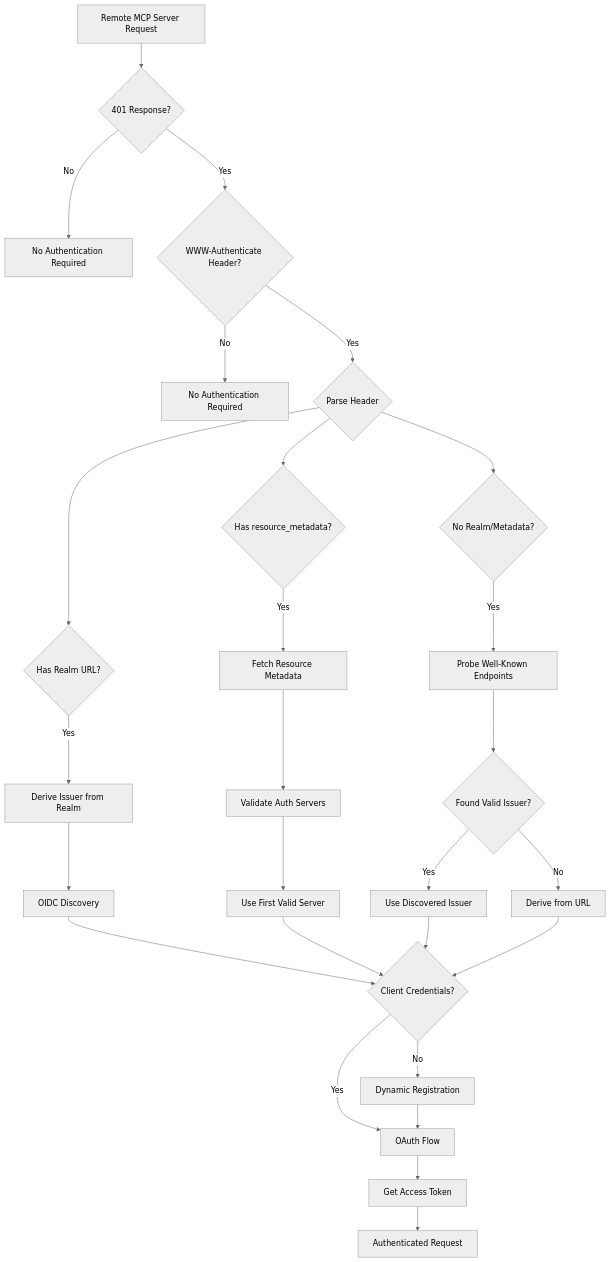
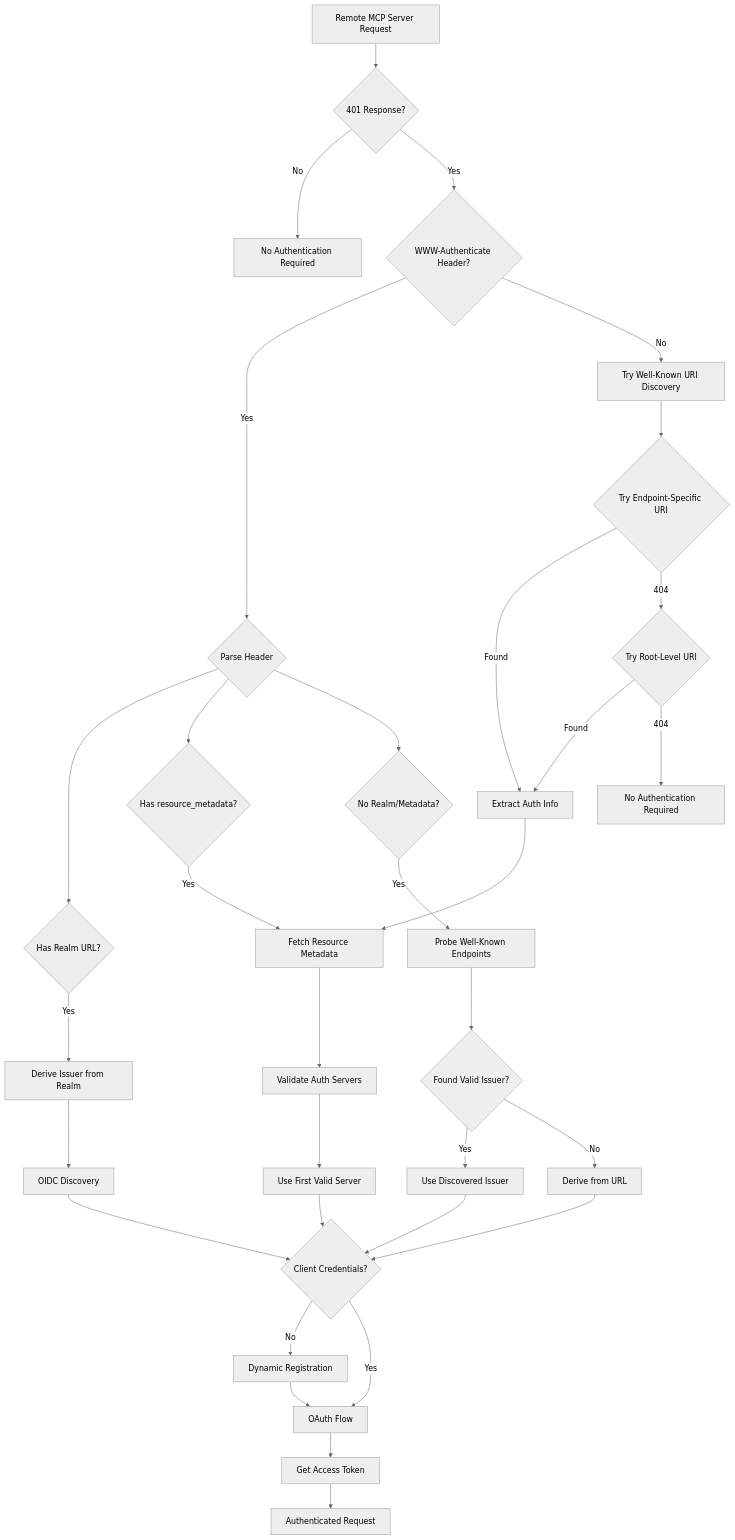
One commit to stacklok/toolhive changed the diagram in docs/remote-mcp-authentication.md. Above: the diagram before and after it, drawn with Mermaid (neutral theme). The commit also changed other lines of this file and 4 other files, not shown here.

First line of the commit message:
Add MCP well-known URI auth discovery

````diff
--- a/docs/remote-mcp-authentication.md
+++ b/docs/remote-mcp-authentication.md
@@ -64,34 +94,42 @@
 ```mermaid
 graph TD
     A[Remote MCP Server Request] --> B{401 Response?}
     B -->|No| C[No Authentication Required]
     B -->|Yes| D{WWW-Authenticate Header?}
-    D -->|No| E[No Authentication Required]
     D -->|Yes| F{Parse Header}
-    
+
+    %% NEW: Well-known URI fallback when no WWW-Authenticate
+    D -->|No| WK1[Try Well-Known URI Discovery]
+    WK1 --> WK2{Try Endpoint-Specific URI}
+    WK2 -->|Found| WK4[Extract Auth Info]
+    WK2 -->|404| WK3{Try Root-Level URI}
+    WK3 -->|Found| WK4
+    WK3 -->|404| E[No Authentication Required]
+    WK4 --> K[Fetch Resource Metadata]
+
     F --> G{Has Realm URL?}
     G -->|Yes| H[Derive Issuer from Realm]
     H --> I[OIDC Discovery]
-    
+
     F --> J{Has resource_metadata?}
-    J -->|Yes| K[Fetch Resource Metadata]
+    J -->|Yes| K
     K --> L[Validate Auth Servers]
     L --> M[Use First Valid Server]
-    
+
     F --> S{No Realm/Metadata?}
     S -->|Yes| T[Probe Well-Known Endpoints]
     T --> U{Found Valid Issuer?}
     U -->|Yes| V[Use Discovered Issuer]
     U -->|No| W[Derive from URL]
-    
+
     I --> N{Client Credentials?}
     M --> N
     V --> N
     W --> N
     N -->|No| O[Dynamic Registration]
     N -->|Yes| P[OAuth Flow]
     O --> P
-    
+
     P --> Q[Get Access Token]
     Q --> R[Authenticated Request]
 ```
````
